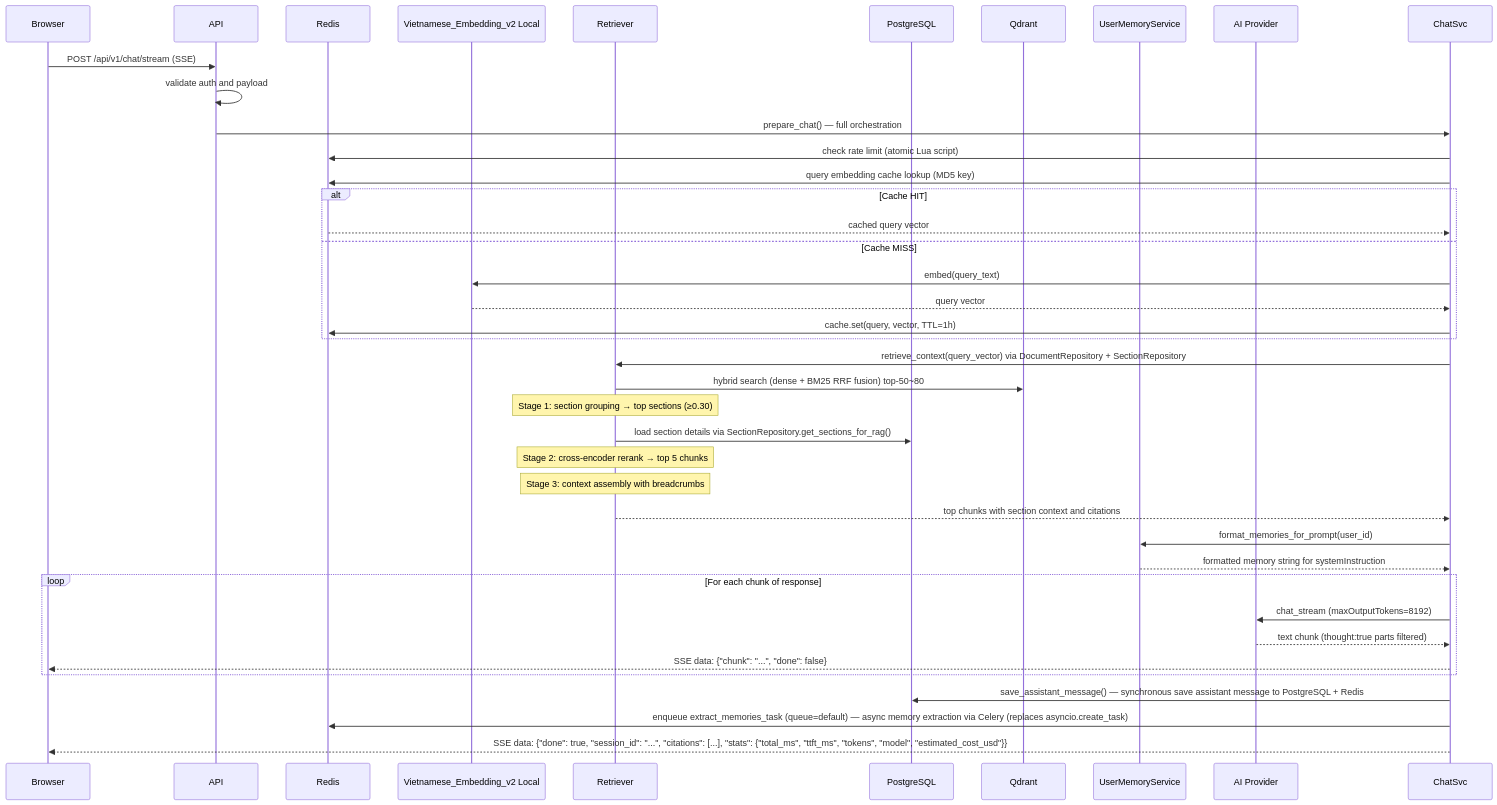
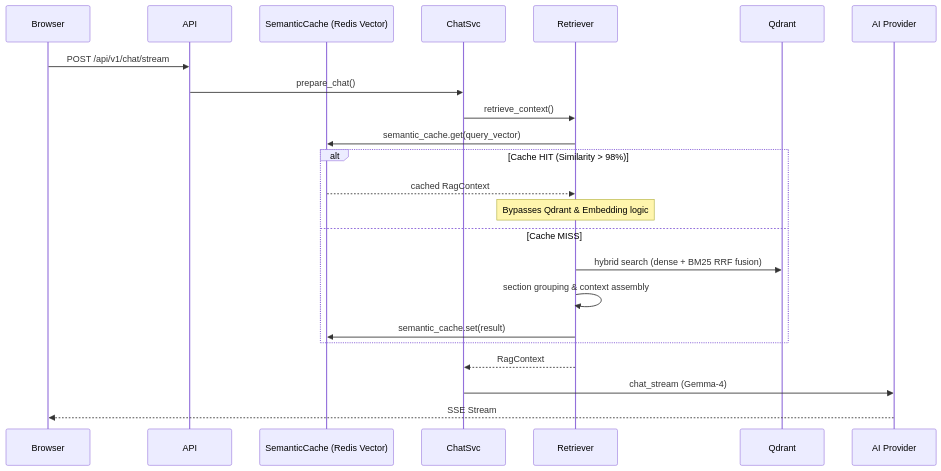
One commit to qtuanph/chatbot-rag changed the second of 4 diagrams in docs/02_WORKFLOWS.md. Above: the diagram before and after it, drawn with Mermaid. The commit also changed other lines of this file and 43 other files, not shown here.

Commit message:
feat: implement core RAG architecture including API middleware, analytics, retrieval services, worker tasks, and system documentation

````diff
--- a/docs/02_WORKFLOWS.md
+++ b/docs/02_WORKFLOWS.md
@@ -63,44 +60,28 @@
 ```mermaid
 sequenceDiagram
     participant Browser
     participant API
-    participant Redis
-    participant Embedder as Vietnamese_Embedding_v2 Local
+    participant Cache as SemanticCache (Redis Vector)
+    participant ChatSvc
     participant Retriever
-    participant DB as PostgreSQL
     participant Qdrant
-    participant Memory as UserMemoryService
     participant Provider as AI Provider
 
-    Browser->>API: POST /api/v1/chat/stream (SSE)
-    API->>API: validate auth and payload
-    API->>ChatSvc: prepare_chat() — full orchestration
-    ChatSvc->>Redis: check rate limit (atomic Lua script)
-    ChatSvc->>Redis: query embedding cache lookup (MD5 key)
-    alt Cache HIT
-        Redis-->>ChatSvc: cached query vector
+    Browser->>API: POST /api/v1/chat/stream
+    API->>ChatSvc: prepare_chat()
+    ChatSvc->>Retriever: retrieve_context()
+    
+    Retriever->>Cache: semantic_cache.get(query_vector)
+    alt Cache HIT (Similarity > 98%)
+        Cache-->>Retriever: cached RagContext
+        Note over Retriever: Bypasses Qdrant & Embedding logic
     else Cache MISS
-        ChatSvc->>Embedder: embed(query_text)
-        Embedder-->>ChatSvc: query vector
-        ChatSvc->>Redis: cache.set(query, vector, TTL=1h)
+        Retriever->>Qdrant: hybrid search (dense + BM25 RRF fusion)
+        Retriever->>Retriever: section grouping & context assembly
+        Retriever->>Cache: semantic_cache.set(result)
     end
-    ChatSvc->>Retriever: retrieve_context(query_vector) via DocumentRepository + SectionRepository
-    Retriever->>Qdrant: hybrid search (dense + BM25 RRF fusion) top-50~80
-    Note over Retriever: Stage 1: section grouping → top sections (≥0.30)
-    Retriever->>DB: load section details via SectionRepository.get_sections_for_rag()
-    Note over Retriever: Stage 2: cross-encoder rerank → top 5 chunks
-    Note over Retriever: Stage 3: context assembly with breadcrumbs
-    Retriever-->>ChatSvc: top chunks with section context and citations
 
-    ChatSvc->>Memory: format_memories_for_prompt(user_id)
-    Memory-->>ChatSvc: formatted memory string for systemInstruction
-
-    loop For each chunk of response
-        ChatSvc->>Provider: chat_stream (maxOutputTokens=8192)
-        Provider-->>ChatSvc: text chunk (thought:true parts filtered)
-        ChatSvc-->>Browser: SSE data: {"chunk": "...", "done": false}
-    end
-    ChatSvc->>DB: save_assistant_message() — synchronous save assistant message to PostgreSQL + Redis
-    ChatSvc->>Redis: enqueue extract_memories_task (queue=default) — async memory extraction via Celery (replaces asyncio.create_task)
-    ChatSvc-->>Browser: SSE data: {"done": true, "session_id": "...", "citations": [...], "stats": {"total_ms", "ttft_ms", "tokens", "model", "estimated_cost_usd"}}
+    Retriever-->>ChatSvc: RagContext
+    ChatSvc->>Provider: chat_stream (Gemma-4)
+    Provider-->>Browser: SSE Stream
 ```
````
